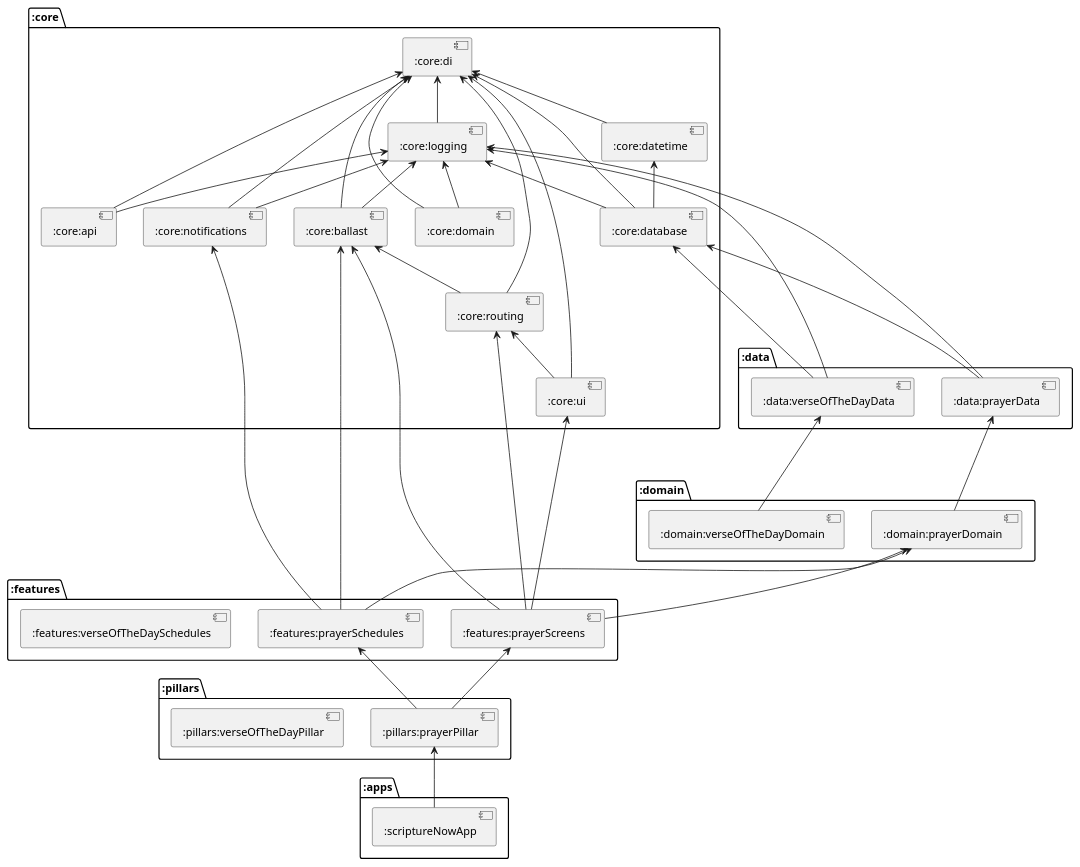
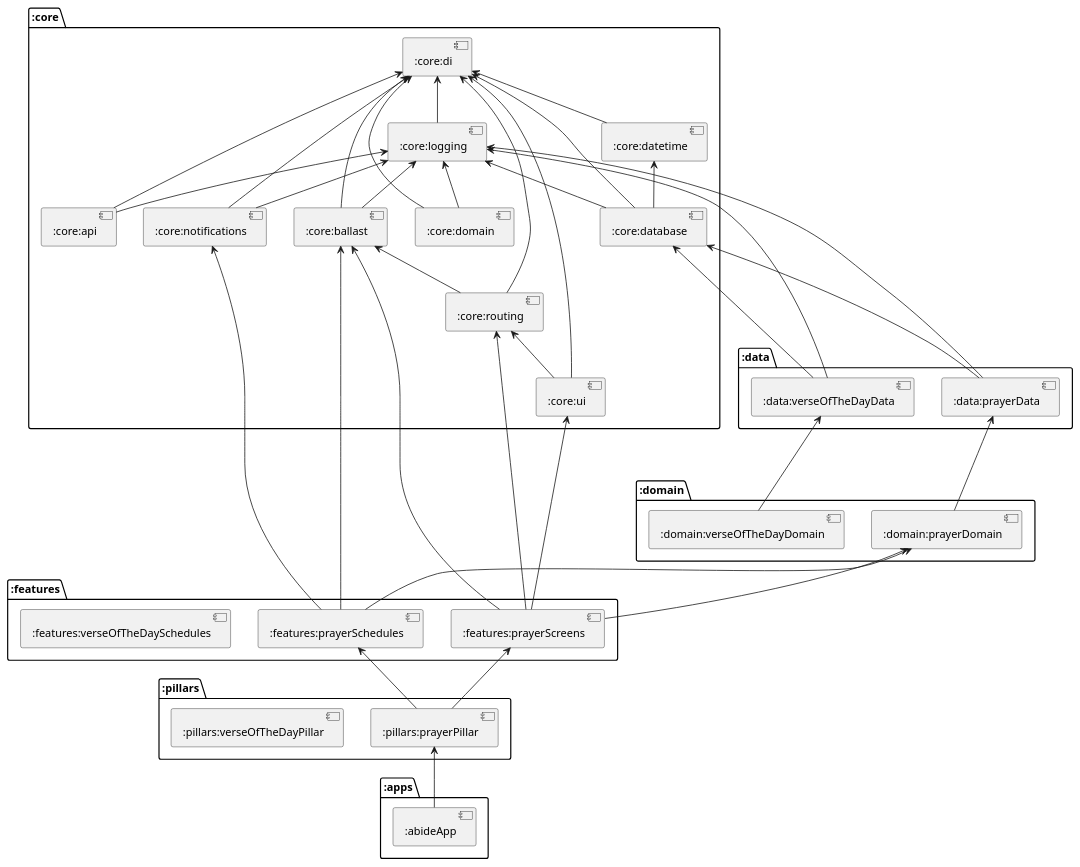
The diagram in dependencyGraph.puml (cjbrooks12/scripture-apps), drawn with PlantUML before and after one commit. The commit also changed 19 other files, not shown here.

```diff
--- a/dependencyGraph.puml
+++ b/dependencyGraph.puml
@@ -1,89 +1,89 @@
 @startuml
 
 ' Define components for all Gradle modules
 package ":core" {
     component [:core:api] as coreApi
     component [:core:ballast] as coreBallast
     component [:core:database] as coreDatabase
     component [:core:datetime] as coreDatetime
     component [:core:di] as coreDi
     component [:core:domain] as coreDomain
     component [:core:logging] as coreLogging
     component [:core:notifications] as coreNotifications
     component [:core:routing] as coreRouting
     component [:core:ui] as coreUi
 }
 
 package ":data" {
     component [:data:prayerData] as prayerData
     component [:data:verseOfTheDayData] as verseOfTheDayData
 }
 
 package ":domain" {
     component [:domain:prayerDomain] as prayerDomain
     component [:domain:verseOfTheDayDomain] as verseOfTheDayDomain
 }
 
 package ":features" {
     'component [:features:bible] as bibleFeature
     'component [:features:foryou] as foryouFeature
     component [:features:prayerSchedules] as prayerSchedulesFeature
     component [:features:prayerScreens] as prayerScreensFeature
     'component [:features:prayerWidgets] as prayerWidgetsFeature
     'component [:features:scriptureMemory] as scriptureMemoryFeature
     'component [:features:settings] as settingsFeature
     'component [:features:topicalBible] as topicalBibleFeature
     component [:features:verseOfTheDaySchedules] as verseOfTheDaySchedulesFeature
 }
 
 package ":pillars" {
     component [:pillars:prayerPillar] as prayerPillar
     component [:pillars:verseOfTheDayPillar] as verseOfTheDayPillar
 }
 
 package ":apps" {
-    component [:scriptureNowApp] as scriptureNowApp
+    component [:abideApp] as abideApp
 }
 
 ' Define connections between modules
 coreDi <-- coreApi
 coreDi <-- coreBallast
 coreDi <-- coreDatabase
 coreDi <-- coreDatetime
 coreDi <-- coreDomain
 coreDi <-- coreLogging
 coreDi <-- coreNotifications
 coreDi <-- coreRouting
 coreDi <-- coreUi
 coreDatetime <-- coreDatabase
 coreBallast <-- coreRouting
 coreRouting <-- coreUi
 coreLogging <-- coreApi
 coreLogging <-- coreDatabase
 coreLogging <-- coreBallast
 coreLogging <-- coreNotifications
 coreLogging <-- coreDomain
 
 coreDatabase <--- prayerData
 coreLogging <--- prayerData
 coreDatabase <--- verseOfTheDayData
 coreLogging <--- verseOfTheDayData
 
 prayerData <--- prayerDomain
 verseOfTheDayData <--- verseOfTheDayDomain
 
 coreBallast <-- prayerSchedulesFeature
 coreNotifications <-- prayerSchedulesFeature
 prayerDomain <-- prayerSchedulesFeature
 
 coreBallast <-- prayerScreensFeature
 coreRouting <-- prayerScreensFeature
 coreUi <-- prayerScreensFeature
 prayerDomain <-- prayerScreensFeature
 
 prayerScreensFeature <-- prayerPillar
 prayerSchedulesFeature <-- prayerPillar
 
-prayerPillar <-- scriptureNowApp
+prayerPillar <-- abideApp
 
 @enduml
```
